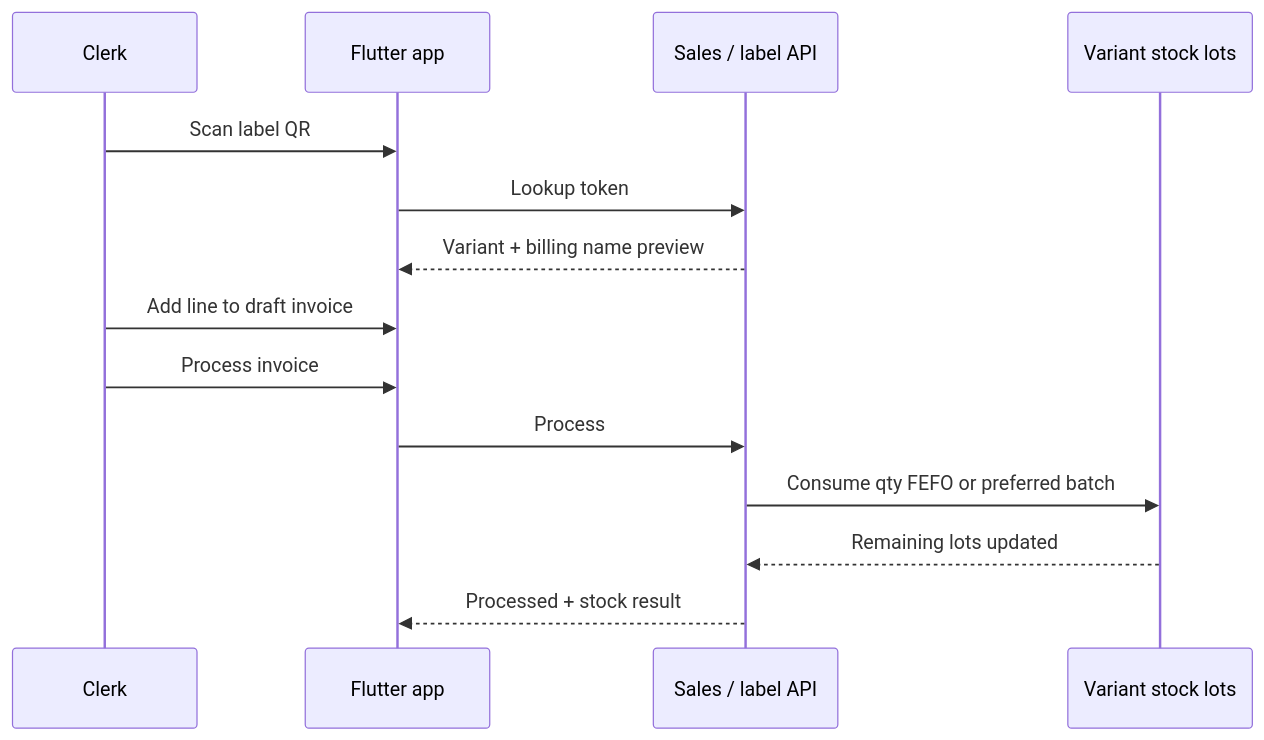
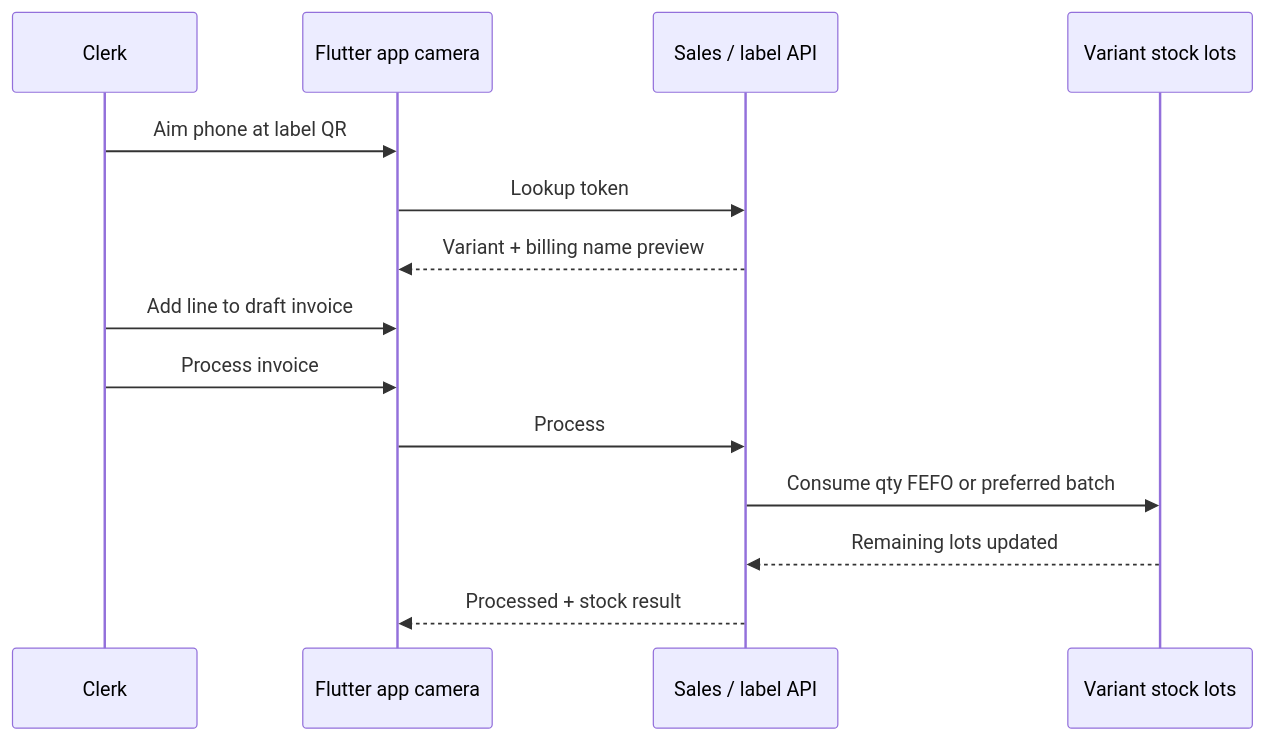
The second of 2 diagrams in case-studies/02-scan-to-invoice-stock.md (avinashbengaluru/ai-product-case-studies), drawn with Mermaid before and after one commit. The commit also changed other lines of this file and 6 other files, not shown here.

First line of the commit message:
Add phone-only scan illustrations to the stock case study.

````diff
--- a/case-studies/02-scan-to-invoice-stock.md
+++ b/case-studies/02-scan-to-invoice-stock.md
@@ -78,17 +122,17 @@
 ```mermaid
 sequenceDiagram
   participant Clerk
-  participant Mobile as Flutter app
+  participant Mobile as Flutter app camera
   participant API as Sales / label API
   participant Stock as Variant stock lots
 
-  Clerk->>Mobile: Scan label QR
+  Clerk->>Mobile: Aim phone at label QR
   Mobile->>API: Lookup token
   API-->>Mobile: Variant + billing name preview
   Clerk->>Mobile: Add line to draft invoice
   Clerk->>Mobile: Process invoice
   Mobile->>API: Process
   API->>Stock: Consume qty FEFO or preferred batch
   Stock-->>API: Remaining lots updated
   API-->>Mobile: Processed + stock result
 ```
````
